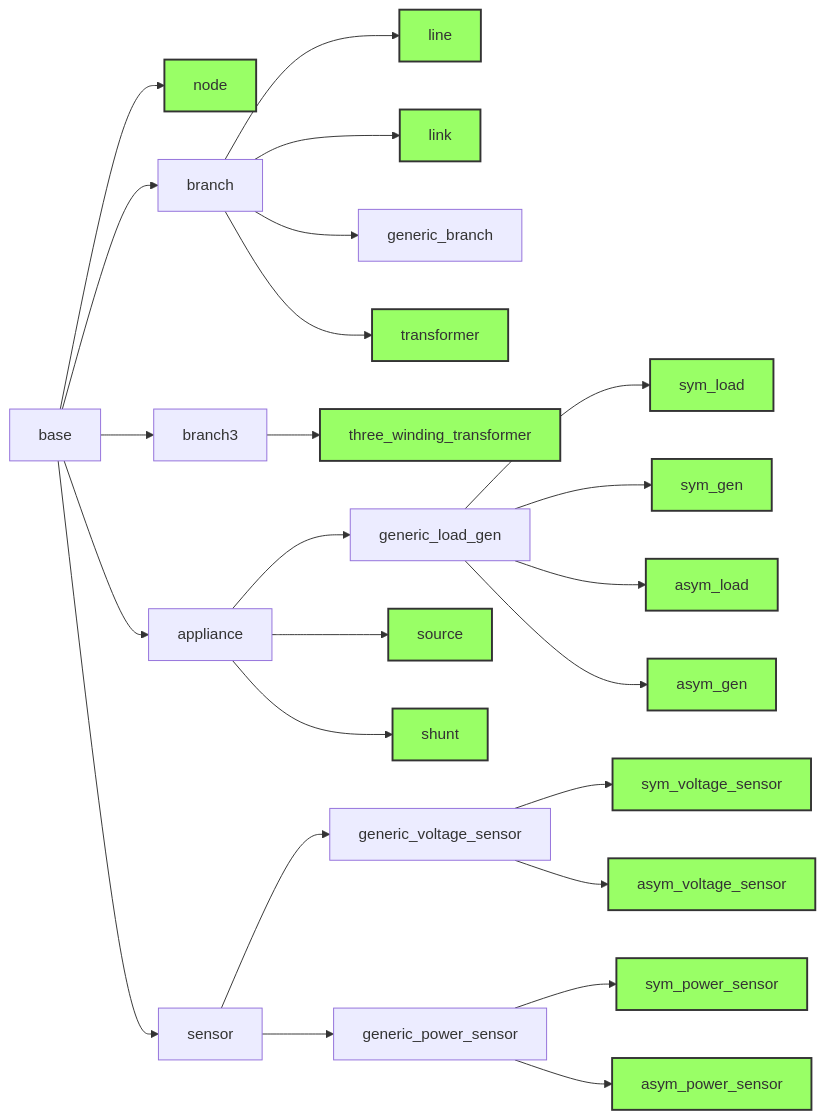
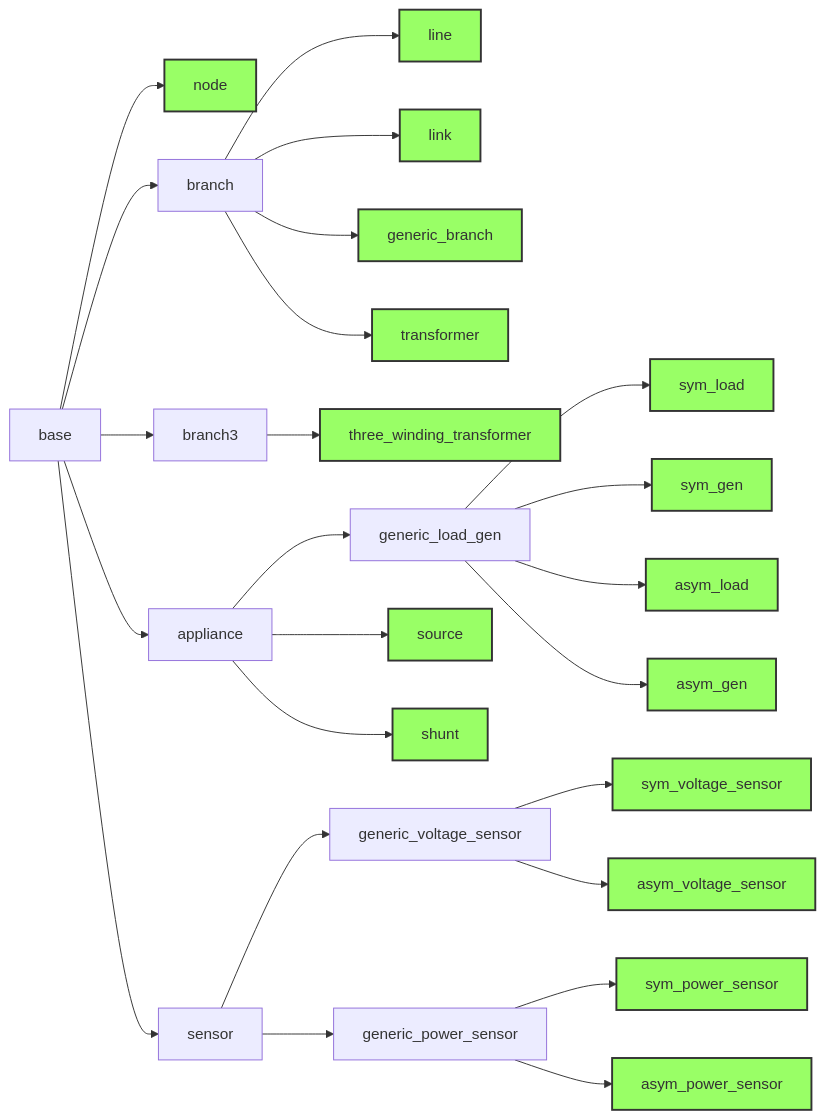
One commit to PowerGridModel/power-grid-model changed the diagram in docs/user_manual/data-model.md. Above: the diagram before and after it, drawn with Mermaid.

Commit message:
added missing geneneric branch in line 43

````diff
--- a/docs/user_manual/data-model.md
+++ b/docs/user_manual/data-model.md
@@ -16,29 +16,29 @@
 ```{mermaid}
 graph LR
     base-->node
     base-->branch
       branch-->line
       branch-->link
       branch-->generic_branch
       branch-->transformer      
     base-->branch3
       branch3-->three_winding_transformer
     base-->appliance
       appliance-->generic_load_gen
         generic_load_gen-->sym_load
         generic_load_gen-->sym_gen
         generic_load_gen-->asym_load
         generic_load_gen-->asym_gen
       appliance-->source
       appliance-->shunt
     base-->sensor
       sensor-->generic_voltage_sensor
         generic_voltage_sensor-->sym_voltage_sensor
         generic_voltage_sensor-->asym_voltage_sensor
       sensor-->generic_power_sensor
         generic_power_sensor-->sym_power_sensor
         generic_power_sensor-->asym_power_sensor
      
    classDef green fill:#9f6,stroke:#333,stroke-width:2px
-   class node,line,link,transformer,three_winding_transformer,source,shunt,sym_load,sym_gen,asym_load,asym_gen,sym_voltage_sensor,asym_voltage_sensor,sym_power_sensor,asym_power_sensor green
+   class node,line,link,generic_branch,transformer,three_winding_transformer,source,shunt,sym_load,sym_gen,asym_load,asym_gen,sym_voltage_sensor,asym_voltage_sensor,sym_power_sensor,asym_power_sensor green
 ```
````
